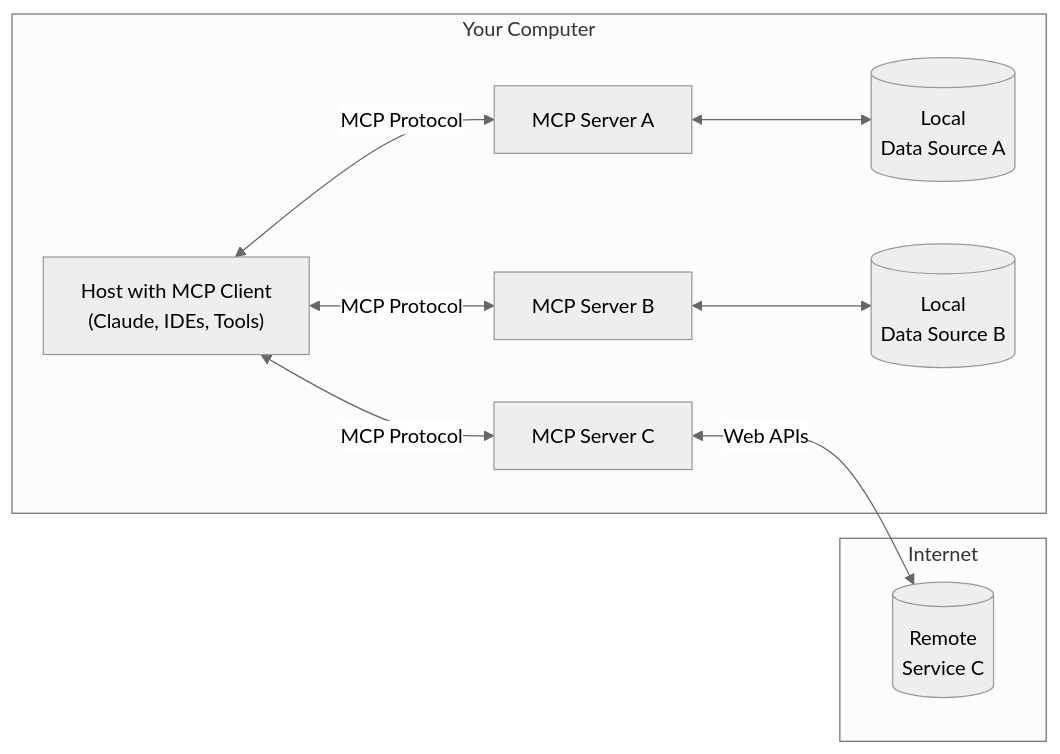
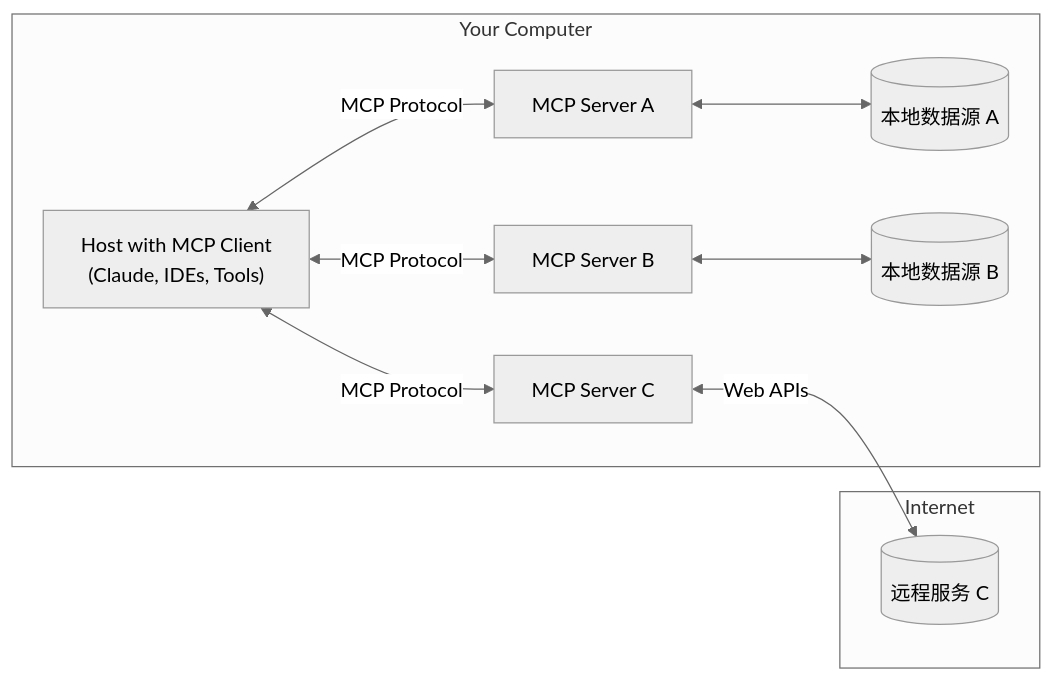
One commit to fleeto/mcpchn changed the diagram in content/docs/introduction.md. Above: the diagram before and after it, drawn with Mermaid (neutral theme). The commit also changed other lines of this file, not shown here.

````diff
--- a/content/docs/introduction.md
+++ b/content/docs/introduction.md
@@ -27,17 +27,17 @@
 ```mermaid
 flowchart LR
     subgraph "Your Computer"
         Host["Host with MCP Client\n(Claude, IDEs, Tools)"]
         S1["MCP Server A"]
         S2["MCP Server B"]
         S3["MCP Server C"]
         Host <-->|"MCP Protocol"| S1
         Host <-->|"MCP Protocol"| S2
         Host <-->|"MCP Protocol"| S3
-        S1 <--> D1[("Local\nData Source A")]
-        S2 <--> D2[("Local\nData Source B")]
+        S1 <--> D1[("本地数据源 A")]
+        S2 <--> D2[("本地数据源 B")]
     end
     subgraph "Internet"
-        S3 <-->|"Web APIs"| D3[("Remote\nService C")]
+        S3 <-->|"Web APIs"| D3[("远程服务 C")]
     end
 ```
````
